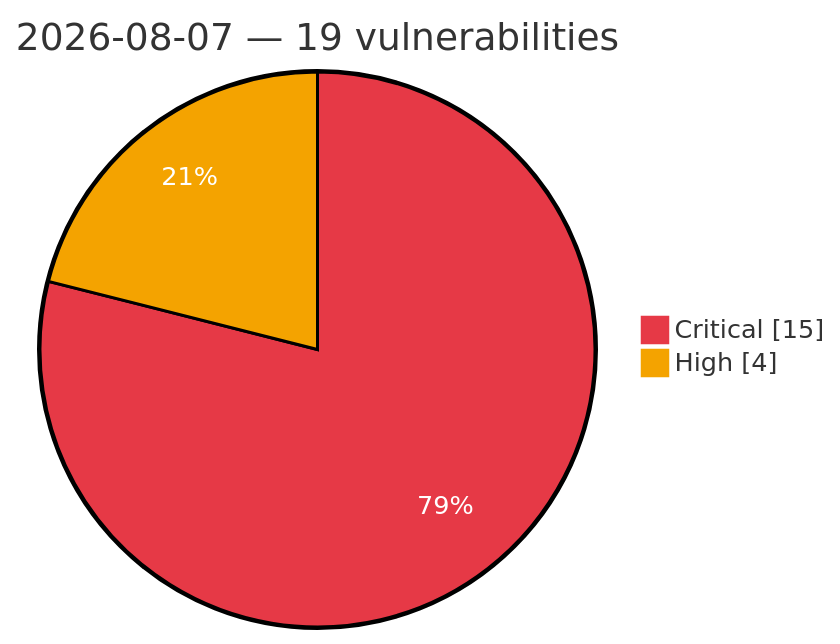
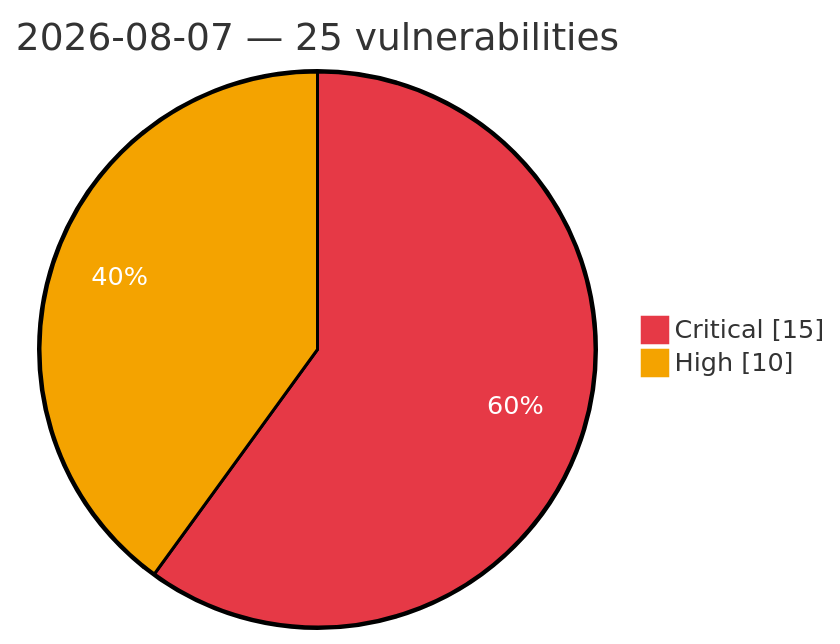
The diagram in vulnerabilities/2026-08-07.md (GhostX0X/vuln-tracker), drawn with Mermaid before and after one commit. The commit also changed other lines of this file and 1 other file, not shown here.

Commit message:
Auto update: critical/high vulns (2026-08-07 11:21 UTC)

````diff
--- a/vulnerabilities/2026-08-07.md
+++ b/vulnerabilities/2026-08-07.md
@@ -3,7 +3,7 @@
 ```mermaid
 %%{init: {'theme':'base', 'themeVariables': {'pie1':'#e63946', 'pie2':'#f4a300', 'pieOpacity':'1', 'pieOuterStrokeWidth':'2px', 'pieSectionTextColor':'#ffffff'}}}%%
 pie showData
-    title 2026-08-07 — 19 vulnerabilities
+    title 2026-08-07 — 25 vulnerabilities
     "Critical" : 15
-    "High" : 4
+    "High" : 10
 ```
````
